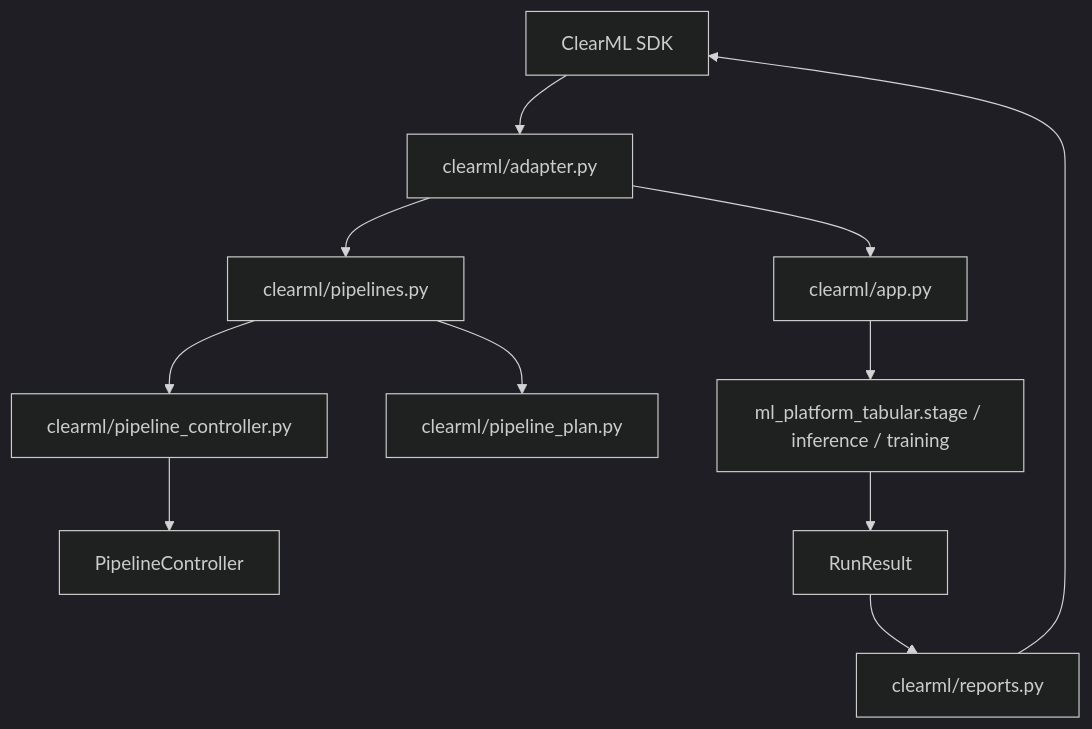
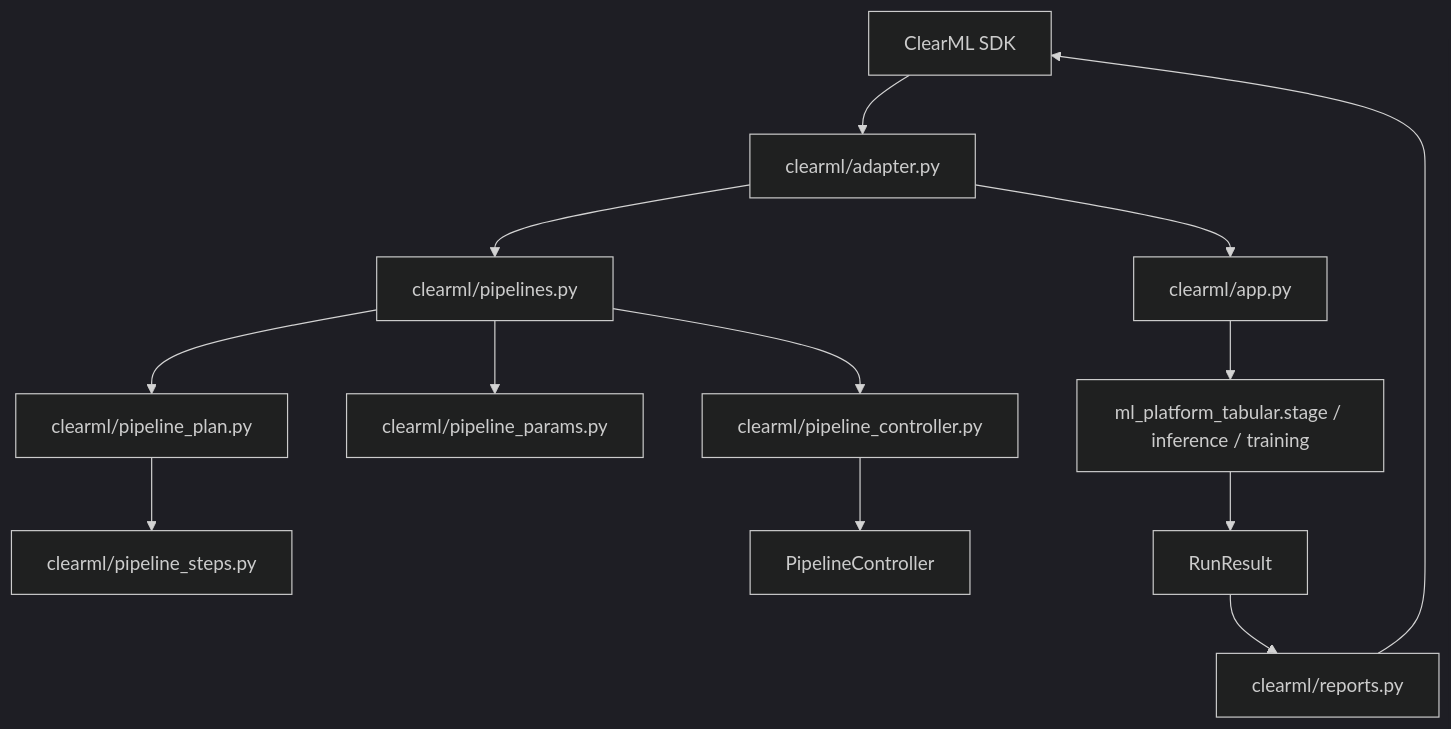
One commit to dkawa2523/ml_platform changed the diagram in docs/ml_platform_mkdocs/docs/architecture/clearml-boundary.md. Above: the diagram before and after it, drawn with Mermaid (dark theme). The commit also changed other lines of this file and 128 other files, not shown here.

Commit message:
refactor: simplify platform architecture

````diff
--- a/docs/ml_platform_mkdocs/docs/architecture/clearml-boundary.md
+++ b/docs/ml_platform_mkdocs/docs/architecture/clearml-boundary.md
@@ -9,13 +9,15 @@
 ```mermaid
 graph TB
   A[ClearML SDK] --> B[clearml/adapter.py]
   B --> C[clearml/app.py]
   B --> D[clearml/pipelines.py]
   C --> E[ml_platform_tabular.stage / inference / training]
-  D --> F[clearml/pipeline_plan.py]
+  D --> F[clearml/pipeline_params.py]
+  D --> K[clearml/pipeline_plan.py]
+  K --> L[clearml/pipeline_steps.py]
   D --> G[clearml/pipeline_controller.py]
   G --> H[PipelineController]
   E --> I[RunResult]
   I --> J[clearml/reports.py]
   J --> A
 ```
````
